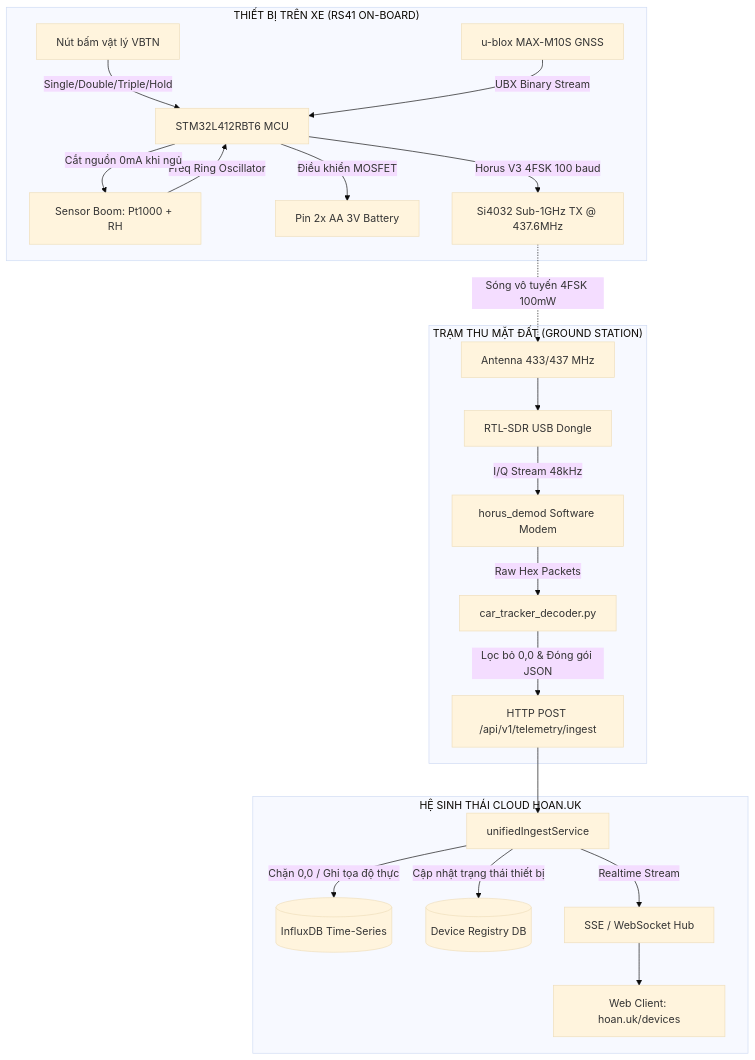
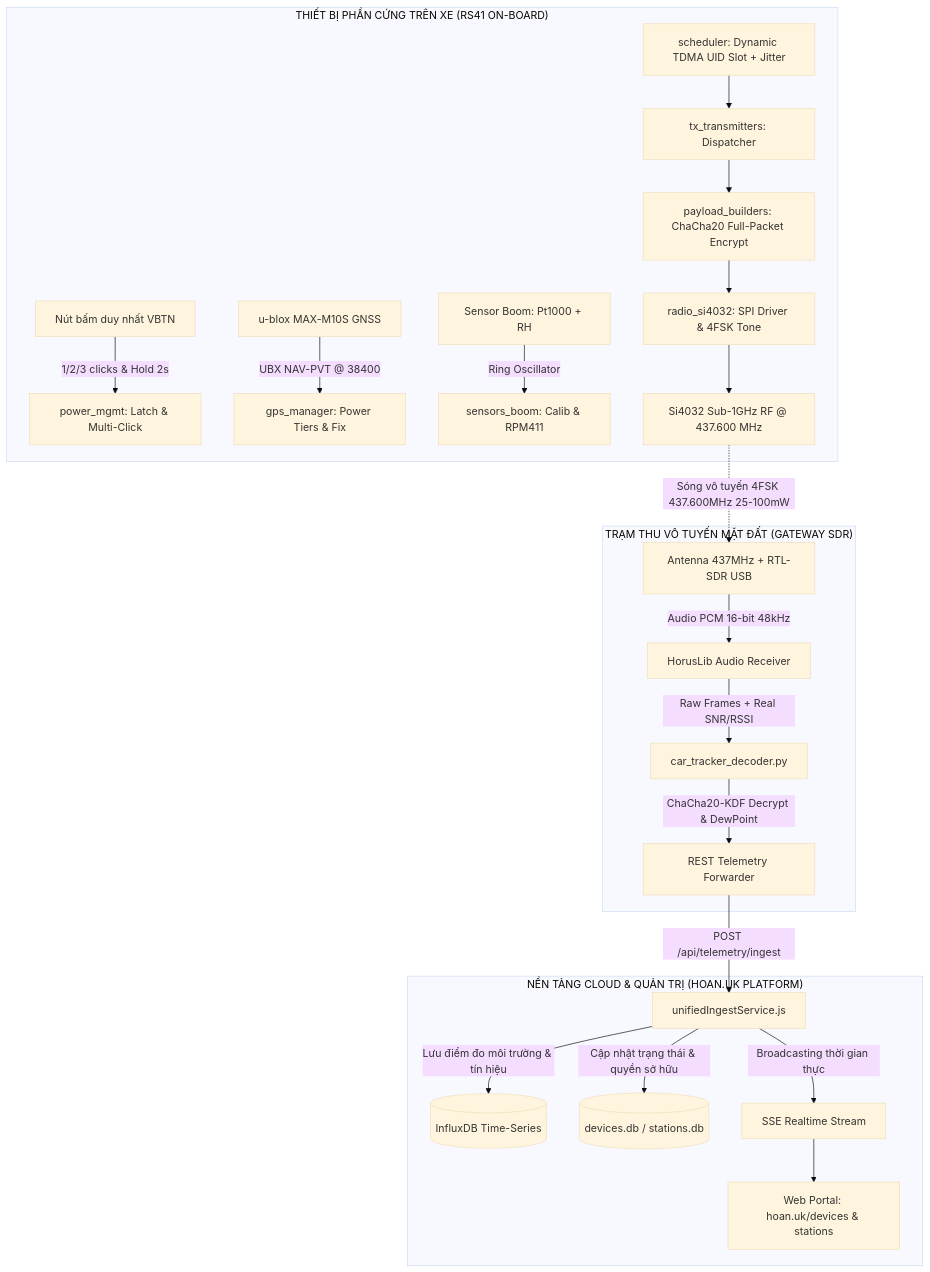
The first of 3 diagrams in docs/SDD.md (hoanb1/rs41-nfw), drawn with Mermaid (base theme) before and after one commit. The commit also changed other lines of this file, not shown here.

First line of the commit message:
docs(sdd): update software design description to v3.0.0

````diff
--- a/docs/SDD.md
+++ b/docs/SDD.md
@@ -42,28 +44,28 @@
 ```mermaid
 graph TD
-    subgraph "THIẾT BỊ TRÊN XE (RS41 ON-BOARD)"
-        BTN[Nút bấm vật lý VBTN] -->|Single/Double/Triple/Hold| MCU[STM32L412RBT6 MCU]
-        GPS[u-blox MAX-M10S GNSS] -->|UBX Binary Stream| MCU
-        BOOM[Sensor Boom: Pt1000 + RH] -->|Freq Ring Oscillator| MCU
-        MCU -->|Cắt nguồn 0mA khi ngủ| BOOM
-        MCU -->|Điều khiển MOSFET| PWR[Pin 2x AA 3V Battery]
-        MCU -->|Horus V3 4FSK 100 baud| RF[Si4032 Sub-1GHz TX @ 437.6MHz]
+    subgraph "THIẾT BỊ PHẦN CỨNG TRÊN XE (RS41 ON-BOARD)"
+        BTN[Nút bấm duy nhất VBTN] -->|1/2/3 clicks & Hold 2s| PM[power_mgmt: Latch & Multi-Click]
+        GPS[u-blox MAX-M10S GNSS] -->|UBX NAV-PVT @ 38400| GM[gps_manager: Power Tiers & Fix]
+        BOOM[Sensor Boom: Pt1000 + RH] -->|Ring Oscillator| SB[sensors_boom: Calib & RPM411]
+        SCHED[scheduler: Dynamic TDMA UID Slot + Jitter] --> TX[tx_transmitters: Dispatcher]
+        TX --> PB[payload_builders: ChaCha20 Full-Packet Encrypt]
+        PB --> RF_DRV[radio_si4032: SPI Driver & 4FSK Tone]
+        RF_DRV --> RF_ANT[Si4032 Sub-1GHz RF @ 437.600 MHz]
     end
 
-    subgraph "TRẠM THU MẶT ĐẤT (GROUND STATION)"
-        ANT[Antenna 433/437 MHz] --> RTL[RTL-SDR USB Dongle]
-        RTL -->|I/Q Stream 48kHz| DEMOD[horus_demod Software Modem]
-        DEMOD -->|Raw Hex Packets| PY[car_tracker_decoder.py]
-        PY -->|Lọc bỏ 0,0 & Đóng gói JSON| POST[HTTP POST /api/v1/telemetry/ingest]
+    subgraph "TRẠM THU VÔ TUYẾN MẶT ĐẤT (GATEWAY SDR)"
+        SDR[Antenna 437MHz + RTL-SDR USB] -->|Audio PCM 16-bit 48kHz| HLIB[HorusLib Audio Receiver]
+        HLIB -->|Raw Frames + Real SNR/RSSI| DEC[car_tracker_decoder.py]
+        DEC -->|ChaCha20-KDF Decrypt & DewPoint| FORWARD[REST Telemetry Forwarder]
     end
 
-    subgraph "HỆ SINH THÁI CLOUD HOAN.UK"
-        POST --> INGEST[unifiedIngestService]
-        INGEST -->|Chặn 0,0 / Ghi tọa độ thực| INFLUX[(InfluxDB Time-Series)]
-        INGEST -->|Cập nhật trạng thái thiết bị| NEDB[(Device Registry DB)]
-        INGEST -->|Realtime Stream| SSE[SSE / WebSocket Hub]
-        SSE --> CLIENT[Web Client: hoan.uk/devices]
+    subgraph "NỀN TẢNG CLOUD & QUẢN TRỊ (HOAN.UK PLATFORM)"
+        FORWARD -->|POST /api/telemetry/ingest| INGEST[unifiedIngestService.js]
+        INGEST -->|Lưu điểm đo môi trường & tín hiệu| INFLUX[(InfluxDB Time-Series)]
+        INGEST -->|Cập nhật trạng thái & quyền sở hữu| NEDB[(devices.db / stations.db)]
+        INGEST -->|Broadcasting thời gian thực| SSE[SSE Realtime Stream]
+        SSE --> WEB[Web Portal: hoan.uk/devices & stations]
     end
 
-    RF -.->|Sóng vô tuyến 4FSK 100mW| ANT
+    RF_ANT -.->|Sóng vô tuyến 4FSK 437.600MHz 25-100mW| SDR
 ```
````
